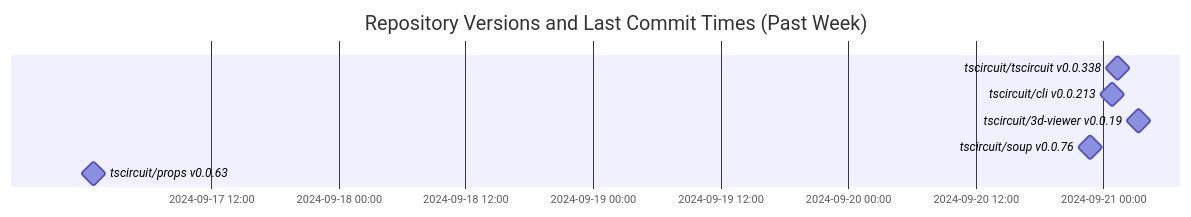
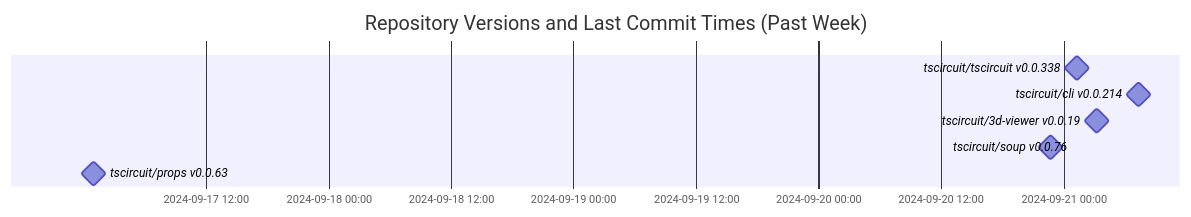
The diagram in README.md (tscircuit/version-tracker), drawn with Mermaid before and after one commit.

Commit message:
Update chart

````diff
--- a/README.md
+++ b/README.md
@@ -1,12 +1,12 @@
 ```mermaid
 gantt
   dateFormat  YYYY-MM-DD HH:mm:ss
   title Repository Versions and Last Commit Times (Past Week)
   axisFormat %Y-%m-%d %H:%M
 
   tscircuit/tscircuit v0.0.338 : milestone, 2024-09-21 01:17:43, 1s
-  tscircuit/cli v0.0.213 : milestone, 2024-09-21 00:47:55, 1s
+  tscircuit/cli v0.0.214 : milestone, 2024-09-21 07:21:29, 1s
   tscircuit/3d-viewer v0.0.19 : milestone, 2024-09-21 03:18:08, 1s
   tscircuit/soup v0.0.76 : milestone, 2024-09-20 22:46:17, 1s
   tscircuit/props v0.0.63 : milestone, 2024-09-17 00:58:09, 1s
 ```
````
